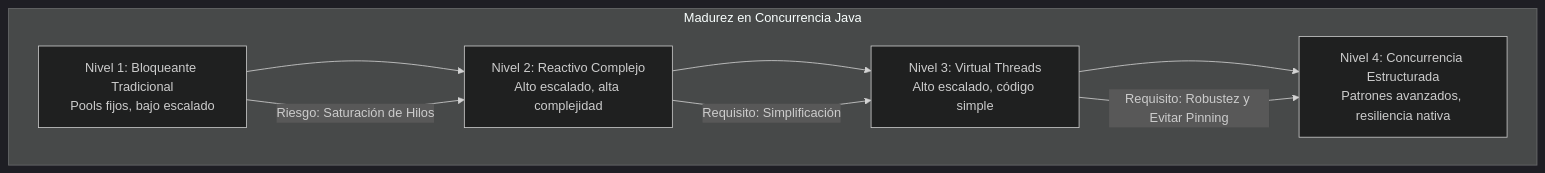
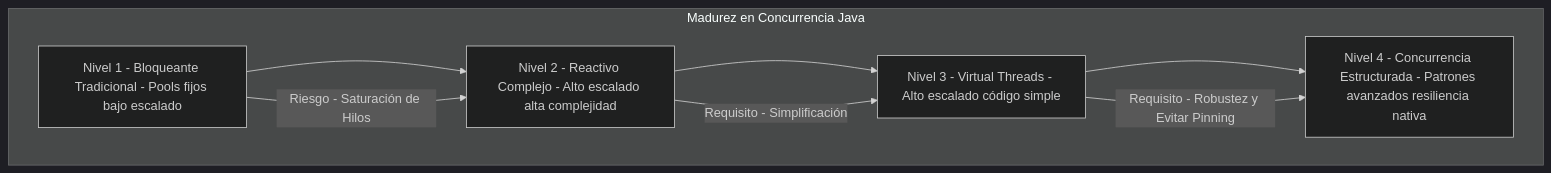
Before and after one commit to Joaquinriosheredia/DAM-Java-Mastery: the fifth of 5 diagrams in 01_Java_Core/java_21_virtual_threads_STAFF.md, drawn with Mermaid (dark theme). The commit also changed other lines of this file, not shown here.

Commit message:
java_21_virtual_threads_STAFF.md

````diff
--- a/01_Java_Core/java_21_virtual_threads_STAFF.md
+++ b/01_Java_Core/java_21_virtual_threads_STAFF.md
@@ -451,13 +577,13 @@
 ```mermaid
 graph TD
     subgraph "Madurez en Concurrencia Java"
-        L1[Nivel 1: Bloqueante Tradicional<br>Pools fijos, bajo escalado] --> L2
-        L2[Nivel 2: Reactivo Complejo<br>Alto escalado, alta complejidad] --> L3
-        L3[Nivel 3: Virtual Threads<br>Alto escalado, código simple] --> L4
-        L4[Nivel 4: Concurrencia Estructurada<br>Patrones avanzados, resiliencia nativa]
+        L1[Nivel 1 - Bloqueante Tradicional - Pools fijos bajo escalado] --> L2
+        L2[Nivel 2 - Reactivo Complejo - Alto escalado alta complejidad] --> L3
+        L3[Nivel 3 - Virtual Threads - Alto escalado código simple] --> L4
+        L4[Nivel 4 - Concurrencia Estructurada - Patrones avanzados resiliencia nativa]
     end
     
-    L1 -->|Riesgo: Saturación de Hilos| L2
-    L2 -->|Requisito: Simplificación| L3
-    L3 -->|Requisito: Robustez y Evitar Pinning| L4
+    L1 -->|Riesgo - Saturación de Hilos| L2
+    L2 -->|Requisito - Simplificación| L3
+    L3 -->|Requisito - Robustez y Evitar Pinning| L4
 ```
````
